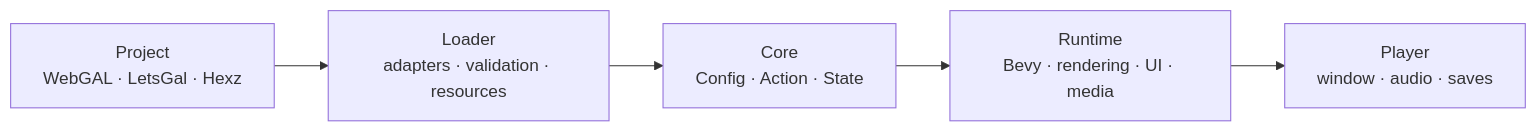
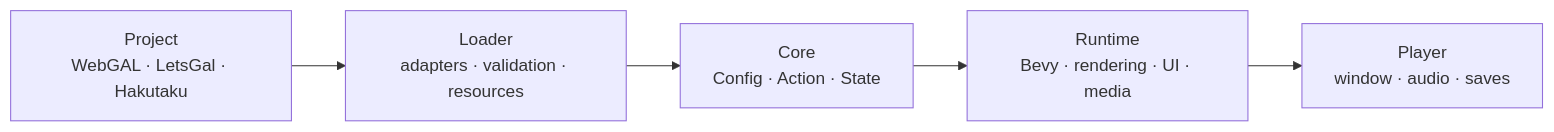
The second of 4 diagrams in README.md (maincoretech/keine), drawn with Mermaid before and after one commit. The commit also changed other lines of this file and 42 other files, not shown here.

First line of the commit message:
feat: migrate runtime resources to Hakutaku

````diff
--- a/README.md
+++ b/README.md
@@ -160,7 +161,7 @@
 ```mermaid
 flowchart LR
-    P["Project<br/>WebGAL · LetsGal · Hexz"] --> L["Loader<br/>adapters · validation · resources"]
+    P["Project<br/>WebGAL · LetsGal · Hakutaku"] --> L["Loader<br/>adapters · validation · resources"]
     L --> C["Core<br/>Config · Action · State"]
     C --> R["Runtime<br/>Bevy · rendering · UI · media"]
     R --> O["Player<br/>window · audio · saves"]
 ```
````
